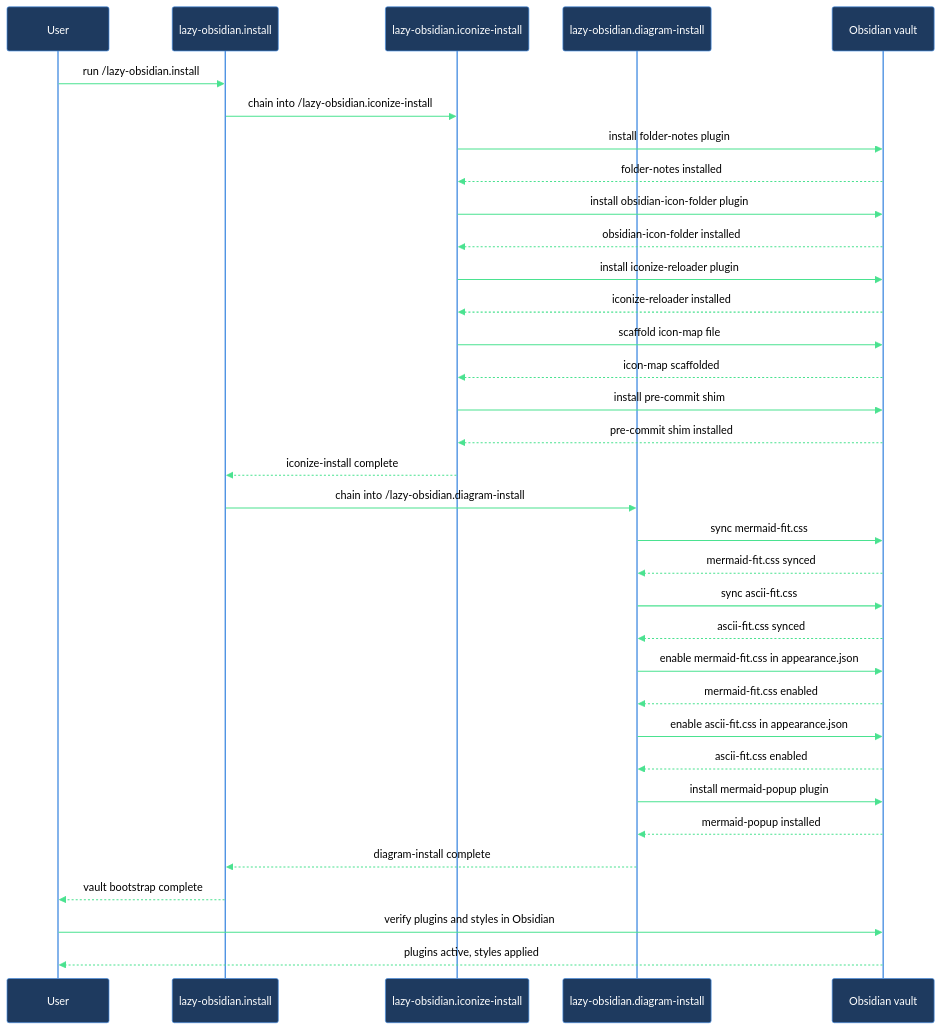
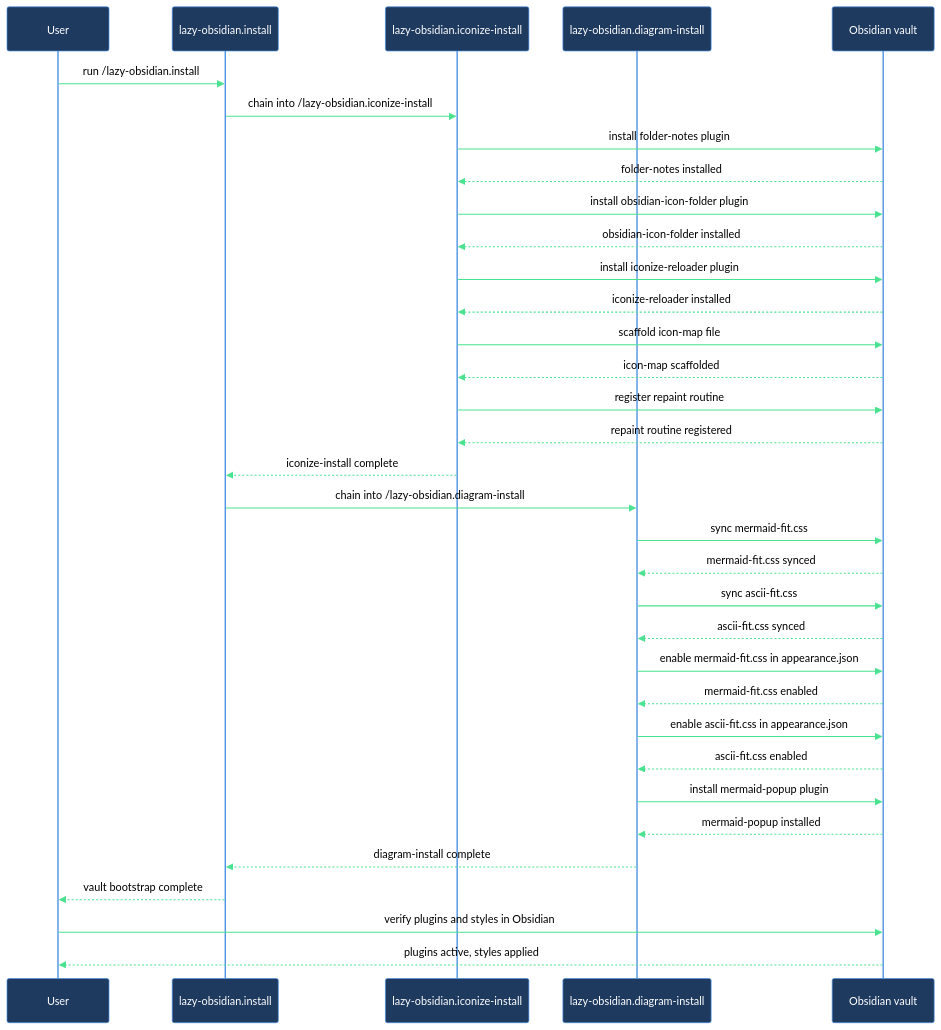
Before and after one commit to mebius-san/lazy-cortex: the diagram in claude/lazycortex-obsidian/help/walkthroughs/vault-bootstrap.md, drawn with Mermaid. The commit also changed other lines of this file and 511 other files, not shown here.

First line of the commit message:
release: core 7.0.0, specs 6.0.0, review 6.1.0, obsidian 3.0.0, wiki 2.0.0, python 4.0.0, experts 1.0.0, diagram 1.1.7, observe 0.8.3

````diff
--- a/claude/lazycortex-obsidian/help/walkthroughs/vault-bootstrap.md
+++ b/claude/lazycortex-obsidian/help/walkthroughs/vault-bootstrap.md
@@ -236,38 +255,38 @@
 ```mermaid
 %%{init: {'themeVariables':{'background':'transparent','primaryColor':'#1e3a5f','primaryBorderColor':'#4a90e2','primaryTextColor':'#fff','lineColor':'#4ae290','actorBkg':'#1e3a5f','actorBorder':'#4a90e2','actorTextColor':'#fff','actorLineColor':'#4a90e2','signalColor':'#4ae290','signalTextColor':'#000','noteBkgColor':'#5f4a1e','noteBorderColor':'#e2a14a','noteTextColor':'#fff','labelBoxBkgColor':'#5f4a1e','labelBoxBorderColor':'#e2a14a','labelTextColor':'#fff','loopTextColor':'#e2a14a'},'sequence':{'diagramPadding':5,'useMaxWidth':true}}}%%
 sequenceDiagram
   participant user as User
   participant install as lazy-obsidian.install
   participant iconize as lazy-obsidian.iconize-install
   participant diagram as lazy-obsidian.diagram-install
   participant vault as Obsidian vault
 
   user->>install: run /lazy-obsidian.install
   install->>iconize: chain into /lazy-obsidian.iconize-install
   iconize->>vault: install folder-notes plugin
   vault-->>iconize: folder-notes installed
   iconize->>vault: install obsidian-icon-folder plugin
   vault-->>iconize: obsidian-icon-folder installed
   iconize->>vault: install iconize-reloader plugin
   vault-->>iconize: iconize-reloader installed
   iconize->>vault: scaffold icon-map file
   vault-->>iconize: icon-map scaffolded
-  iconize->>vault: install pre-commit shim
-  vault-->>iconize: pre-commit shim installed
+  iconize->>vault: register repaint routine
+  vault-->>iconize: repaint routine registered
   iconize-->>install: iconize-install complete
   install->>diagram: chain into /lazy-obsidian.diagram-install
   diagram->>vault: sync mermaid-fit.css
   vault-->>diagram: mermaid-fit.css synced
   diagram->>vault: sync ascii-fit.css
   vault-->>diagram: ascii-fit.css synced
   diagram->>vault: enable mermaid-fit.css in appearance.json
   vault-->>diagram: mermaid-fit.css enabled
   diagram->>vault: enable ascii-fit.css in appearance.json
   vault-->>diagram: ascii-fit.css enabled
   diagram->>vault: install mermaid-popup plugin
   vault-->>diagram: mermaid-popup installed
   diagram-->>install: diagram-install complete
   install-->>user: vault bootstrap complete
   user->>vault: verify plugins and styles in Obsidian
   vault-->>user: plugins active, styles applied
 ```
````
